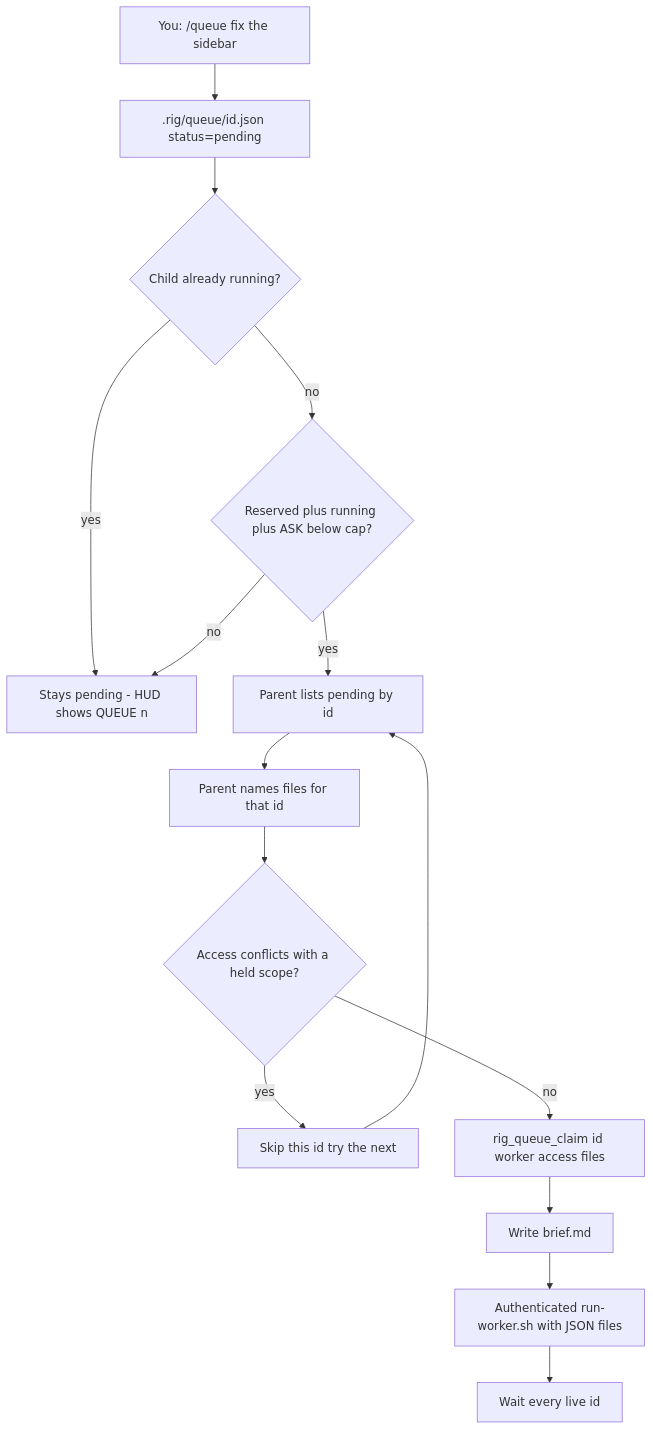
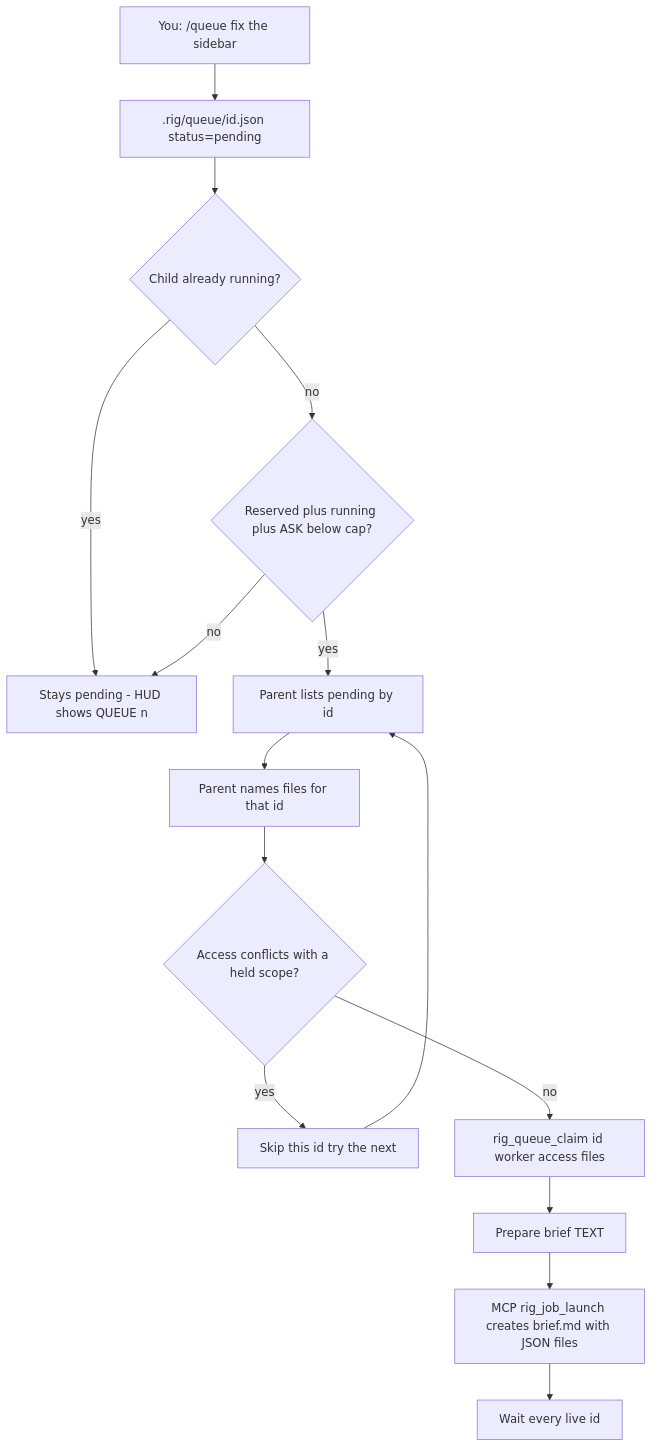
The third of 3 diagrams in docs/usage.md (Brasth/Rig), drawn with Mermaid before and after one commit. The commit also changed other lines of this file and 28 other files, not shown here.

Commit message:
feat(mcp): require job-scoped orchestration and child handshake

````diff
--- a/docs/usage.md
+++ b/docs/usage.md
@@ -421,17 +422,17 @@
 ```mermaid
 flowchart TD
   park["You: /queue fix the sidebar"] --> file[".rig/queue/id.json status=pending"]
   file --> busy{Child already running?}
   busy -->|yes| waitFree[Stays pending - HUD shows QUEUE n]
   busy -->|no| cap{Reserved plus running plus ASK below cap?}
   cap -->|no| waitFree
   cap -->|yes| list[Parent lists pending by id]
   list --> name[Parent names files for that id]
   name --> overlap{Access conflicts with a held scope?}
   overlap -->|yes| skip[Skip this id try the next]
   skip --> list
   overlap -->|no| claim[rig_queue_claim id worker access files]
-  claim --> brief[Write brief.md]
-  brief --> spawn["Authenticated run-worker.sh with JSON files"]
+  claim --> brief[Prepare brief TEXT]
+  brief --> spawn["MCP rig_job_launch creates brief.md with JSON files"]
   spawn --> waitAll[Wait every live id]
 ```
````
